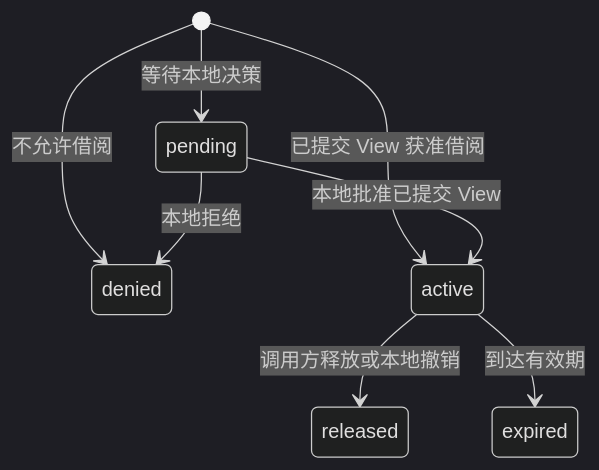
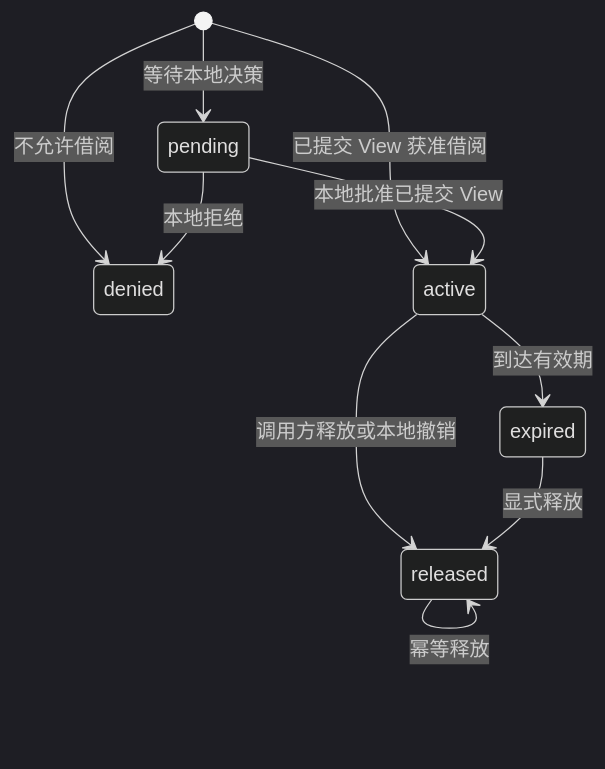
Before and after one commit to anra-studio/anra: the first of 2 diagrams in docs/designs/shared-view-design.md, drawn with Mermaid (dark theme). The commit also changed other lines of this file and 104 other files, not shown here.

First line of the commit message:
pkg/flow: split borrowing, grant and collaboration flows

````diff
--- a/docs/designs/shared-view-design.md
+++ b/docs/designs/shared-view-design.md
@@ -50,10 +50,12 @@
 ```mermaid
 stateDiagram-v2
     [*] --> pending: 等待本地决策
     [*] --> denied: 不允许借阅
     [*] --> active: 已提交 View 获准借阅
     pending --> denied: 本地拒绝
     pending --> active: 本地批准已提交 View
     active --> released: 调用方释放或本地撤销
     active --> expired: 到达有效期
+    expired --> released: 显式释放
+    released --> released: 幂等释放
 ```
````
